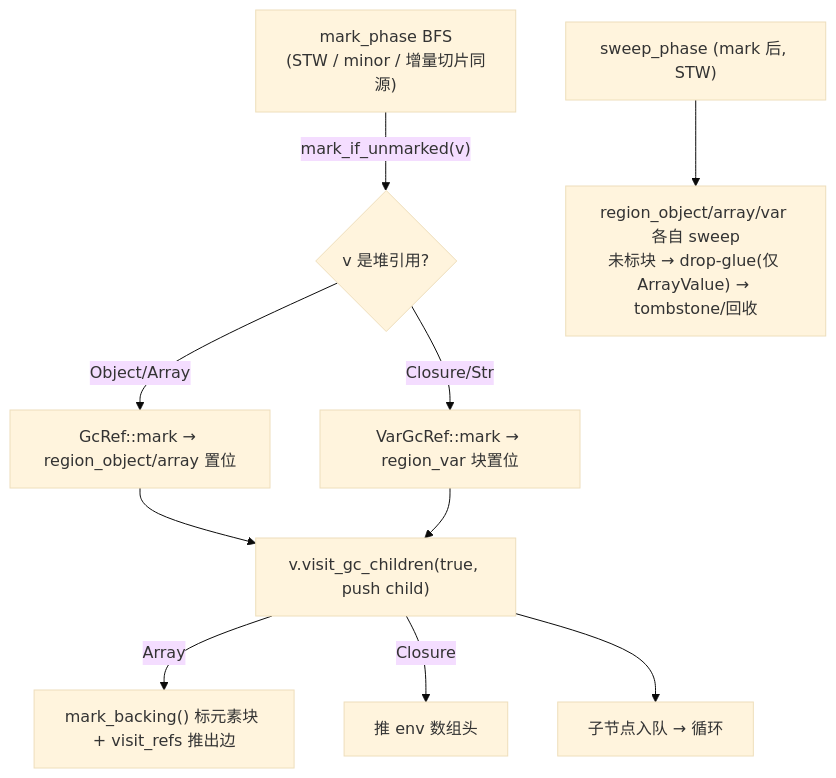
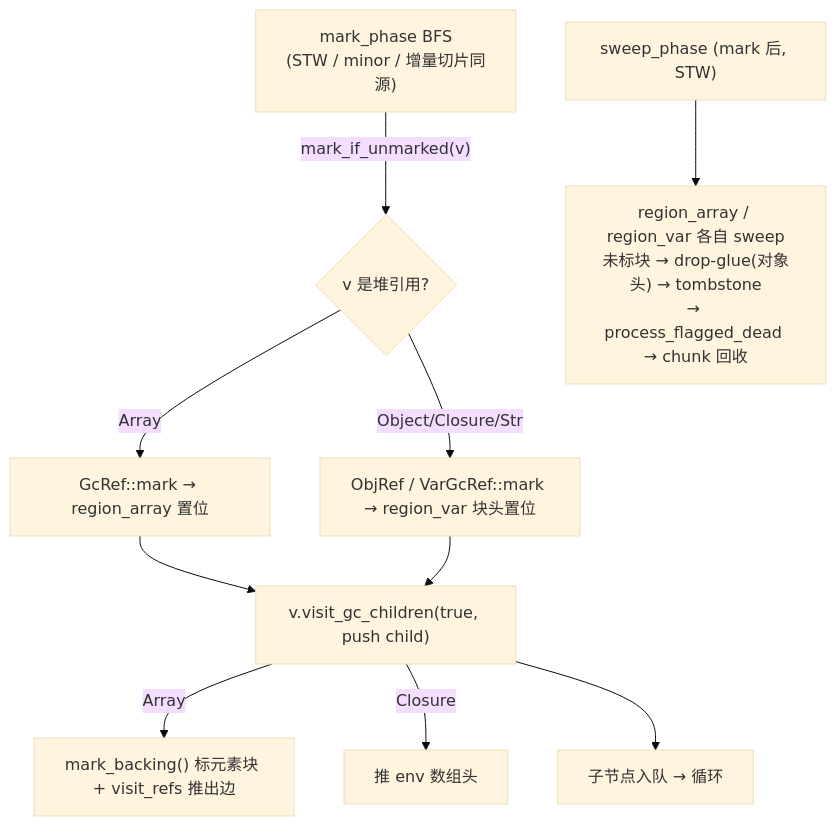
The diagram in docs/internals/src/runtime/gc.md (z42-lang/z42), drawn with Mermaid (base theme) before and after one commit. The commit also changed other lines of this file and 93 other files, not shown here.

````diff
--- a/docs/internals/src/runtime/gc.md
+++ b/docs/internals/src/runtime/gc.md
@@ -286,12 +303,12 @@
 ```mermaid
 flowchart TD
   MARK["mark_phase BFS<br/>(STW / minor / 增量切片同源)"] -->|"mark_if_unmarked(v)"| M{"v 是堆引用?"}
-  M -->|"Object/Array"| RO["GcRef::mark → region_object/array 置位"]
-  M -->|"Closure/Str"| RV["VarGcRef::mark → region_var 块置位"]
+  M -->|"Array"| RO["GcRef::mark → region_array 置位"]
+  M -->|"Object/Closure/Str"| RV["ObjRef / VarGcRef::mark → region_var 块头置位"]
   RO --> TC["v.visit_gc_children(true, push child)"]
   RV --> TC
   TC -->|"Array"| MB["mark_backing() 标元素块 + visit_refs 推出边"]
   TC -->|"Closure"| CE["推 env 数组头"]
   TC --> Q["子节点入队 → 循环"]
-  SWEEP["sweep_phase (mark 后, STW)"] --> S3["region_object/array/var 各自 sweep<br/>未标块 → drop-glue(仅 ArrayValue) → tombstone/回收"]
+  SWEEP["sweep_phase (mark 后, STW)"] --> S3["region_array / region_var 各自 sweep<br/>未标块 → drop-glue(对象头) → tombstone<br/>→ process_flagged_dead → chunk 回收"]
 ```
````
